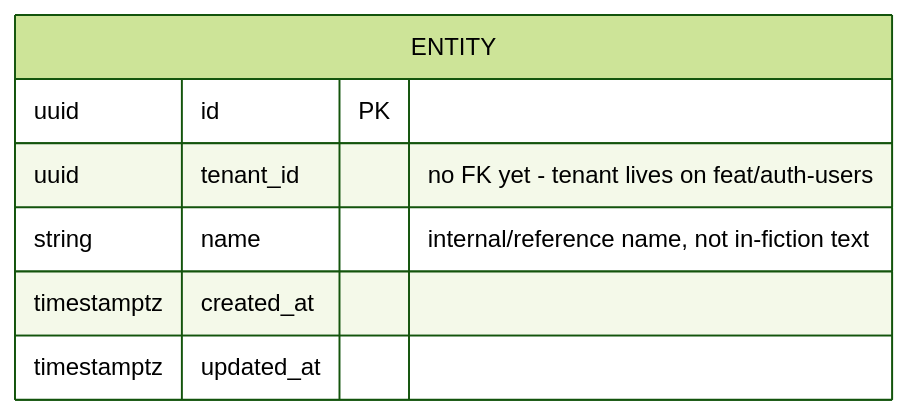
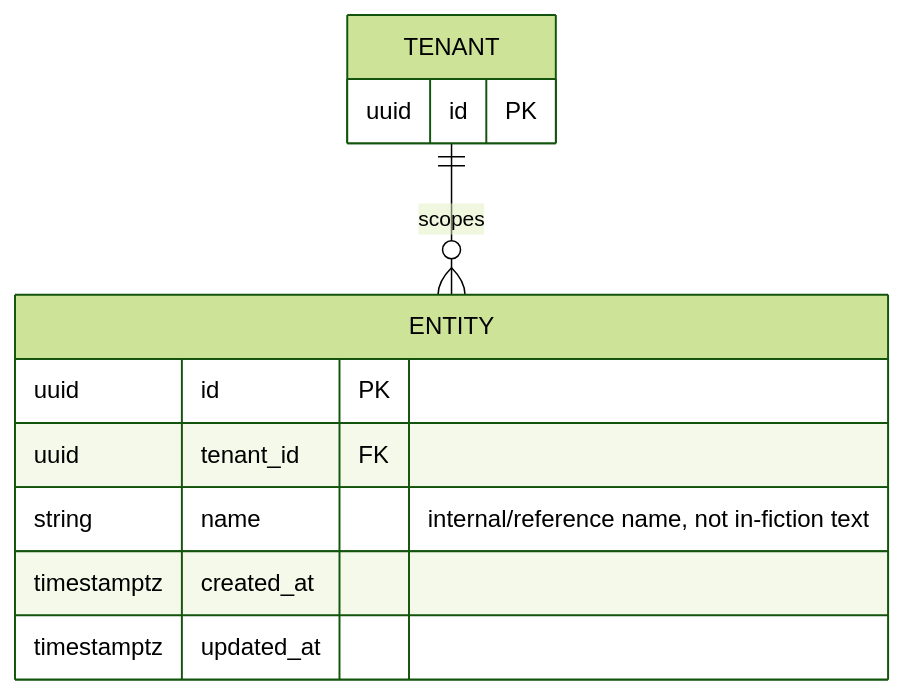
Before and after one commit to ramsesoriginal/lorenzo: the diagram in docs/architecture/diagrams/entity-er.md, drawn with Mermaid (forest theme). The commit also changed other lines of this file and 4 other files, not shown here.

First line of the commit message:
feat(api): add the real entity.tenant_id -> tenant.id FK

````diff
--- a/docs/architecture/diagrams/entity-er.md
+++ b/docs/architecture/diagrams/entity-er.md
@@ -3,10 +3,14 @@
 ```mermaid
 erDiagram
+    TENANT ||--o{ ENTITY : scopes
+    TENANT {
+        uuid id PK
+    }
     ENTITY {
         uuid id PK
-        uuid tenant_id "no FK yet - tenant lives on feat/auth-users"
+        uuid tenant_id FK
         string name "internal/reference name, not in-fiction text"
         timestamptz created_at
         timestamptz updated_at
     }
 ```
````
